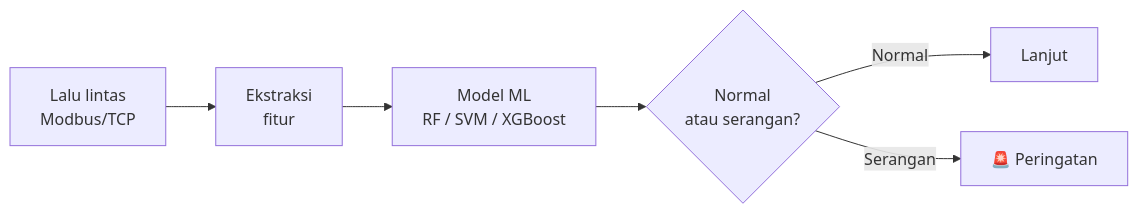
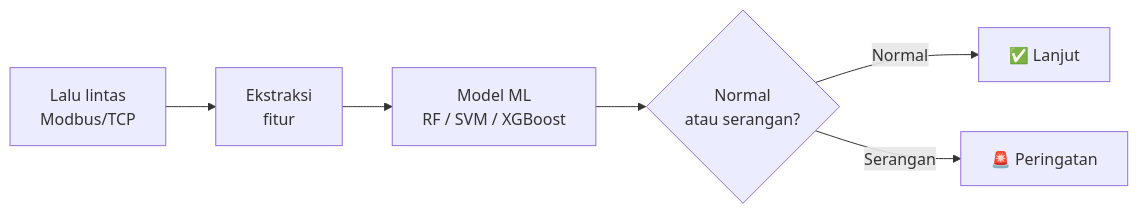
One commit to ardhika13/ardhika13 changed the diagram in README.md. Above: the diagram before and after it, drawn with Mermaid. The commit also changed other lines of this file, not shown here.

````diff
--- a/README.md
+++ b/README.md
@@ -52,8 +82,8 @@
 ```mermaid
 flowchart LR
     A[Lalu lintas<br/>Modbus/TCP] --> B[Ekstraksi<br/>fitur]
     B --> C[Model ML<br/>RF / SVM / XGBoost]
     C --> D{Normal<br/>atau serangan?}
-    D -->|Normal| E[Lanjut]
+    D -->|Normal| E[✅ Lanjut]
     D -->|Serangan| F[🚨 Peringatan]
 ```
````
